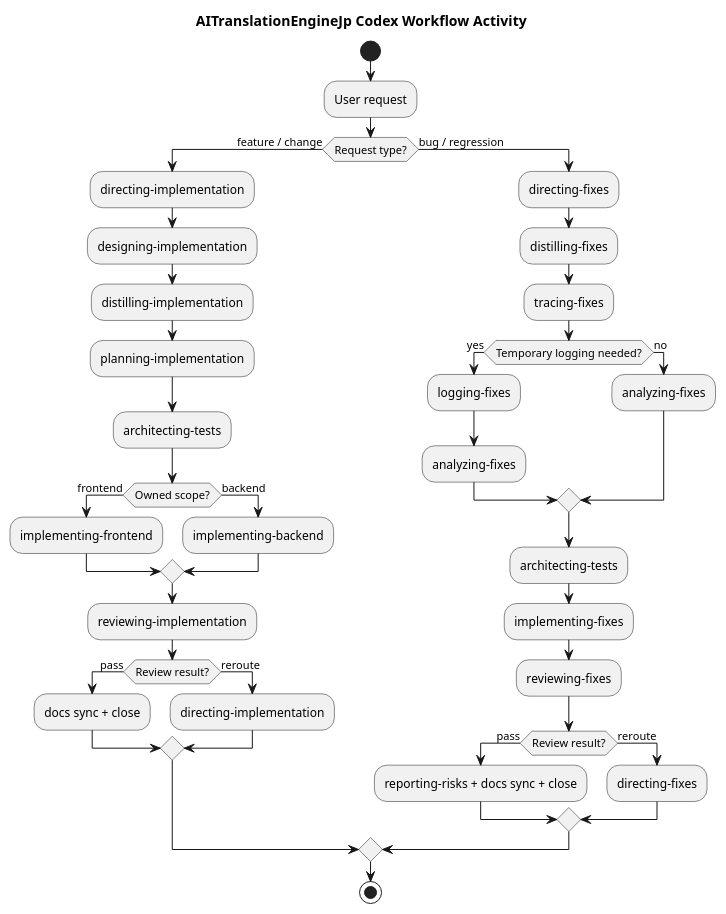
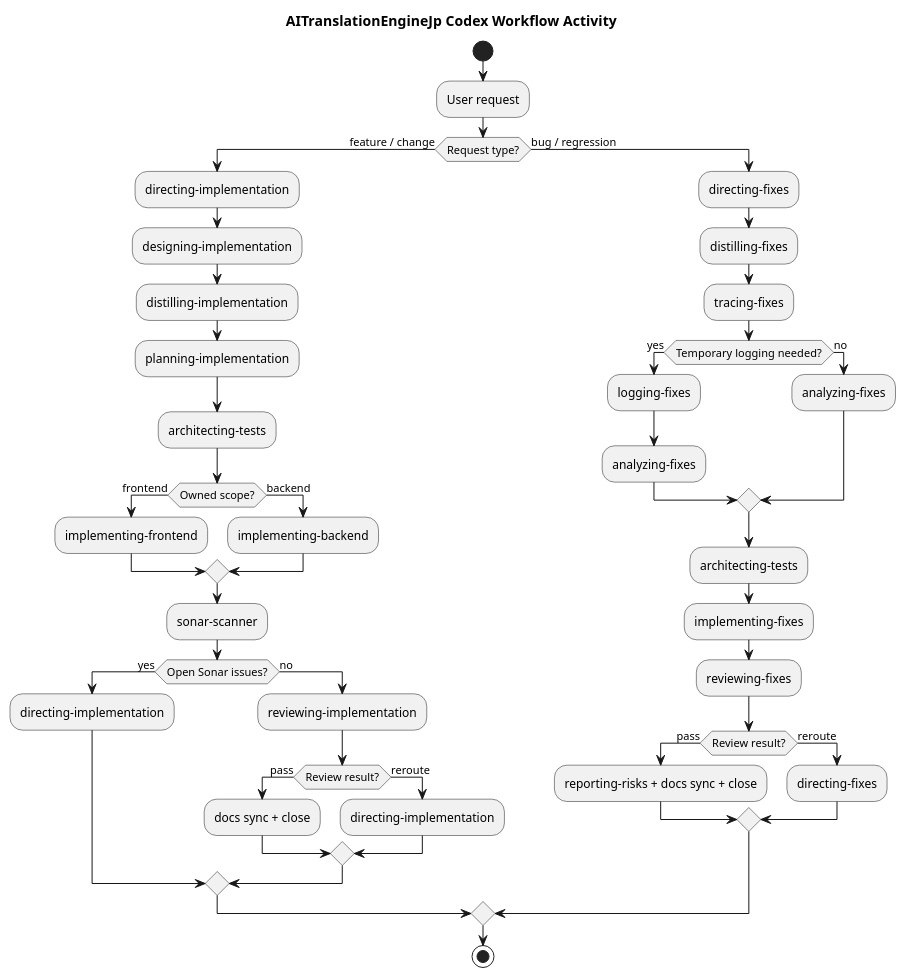
One commit to ishibata91/AITranslationEngineJP changed the diagram in .codex/workflow_activity_diagram.puml. Above: the diagram before and after it, drawn with PlantUML. The commit also changed 40 other files, not shown here.

```diff
--- a/.codex/workflow_activity_diagram.puml
+++ b/.codex/workflow_activity_diagram.puml
@@ -1,51 +1,56 @@
 @startuml WorkflowActivity
 title AITranslationEngineJp Codex Workflow Activity
 skinparam shadowing false
 skinparam linetype ortho
 
 start
 :User request;
 
 if (Request type?) then (feature / change)
   :directing-implementation;
   :designing-implementation;
   :distilling-implementation;
   :planning-implementation;
   :architecting-tests;
 
   if (Owned scope?) then (frontend)
     :implementing-frontend;
   else (backend)
     :implementing-backend;
   endif
 
+  :sonar-scanner;
+  if (Open Sonar issues?) then (yes)
+    :directing-implementation;
+  else (no)
   :reviewing-implementation;
   if (Review result?) then (pass)
     :docs sync + close;
   else (reroute)
     :directing-implementation;
+  endif
   endif
 else (bug / regression)
   :directing-fixes;
   :distilling-fixes;
   :tracing-fixes;
 
   if (Temporary logging needed?) then (yes)
     :logging-fixes;
     :analyzing-fixes;
   else (no)
     :analyzing-fixes;
   endif
 
   :architecting-tests;
   :implementing-fixes;
   :reviewing-fixes;
   if (Review result?) then (pass)
     :reporting-risks + docs sync + close;
   else (reroute)
     :directing-fixes;
   endif
 endif
 
 stop
 @enduml
```
